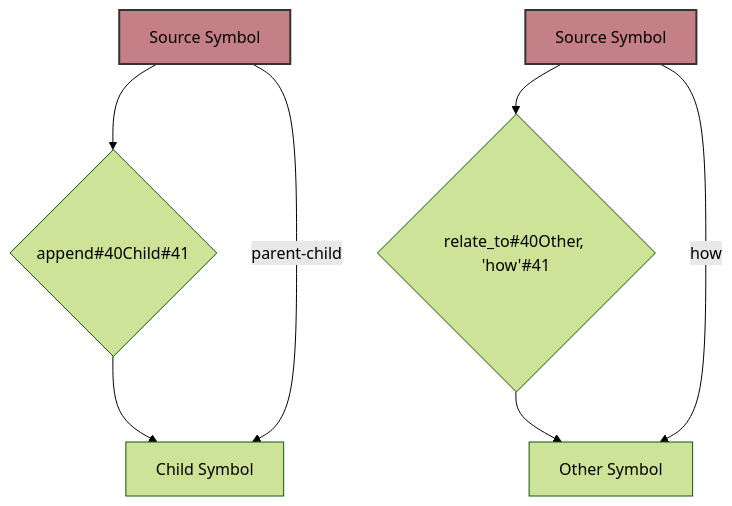
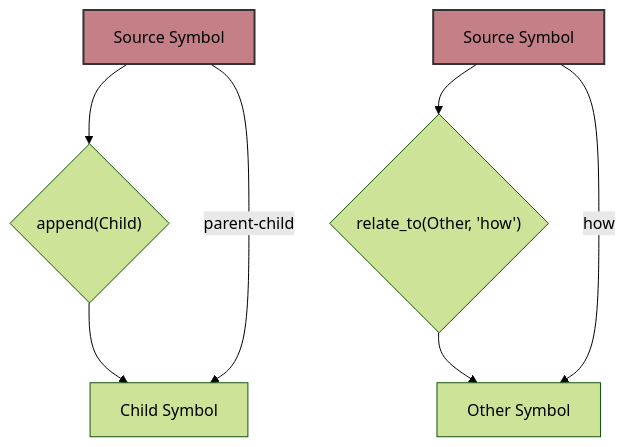
Before and after one commit to ikko/sym: the third of 13 diagrams in docs/readme_details/8_api_highlights/index.md, drawn with Mermaid (forest theme). The commit also changed other lines of this file and 17 other files, not shown here.

````diff
--- a/docs/readme_details/8_api_highlights/index.md
+++ b/docs/readme_details/8_api_highlights/index.md
@@ -97,15 +97,15 @@
 ```mermaid
 graph TD
-    A[Source Symbol] --> B{append#40Child#41};
+    A[Source Symbol] --> B{append#40;Child#41;};
     B --> C[Child Symbol];
     A -- "parent-child" --> C;
 
-    X[Source Symbol] --> Y{relate_to#40Other, 'how'#41};
+    X[Source Symbol] --> Y{relate_to#40;Other, 'how'#41;};
     Y --> Z[Other Symbol];
     X -- "how" --> Z;
 
     style A fill:#c57f86,stroke:#333,stroke-width:2px,color:#000000;
 
     style A fill:#c57f86,stroke:#333,stroke-width:2px,color:#000000;
     style X fill:#c57f86,stroke:#333,stroke-width:2px,color:#000000;
 ```
````
